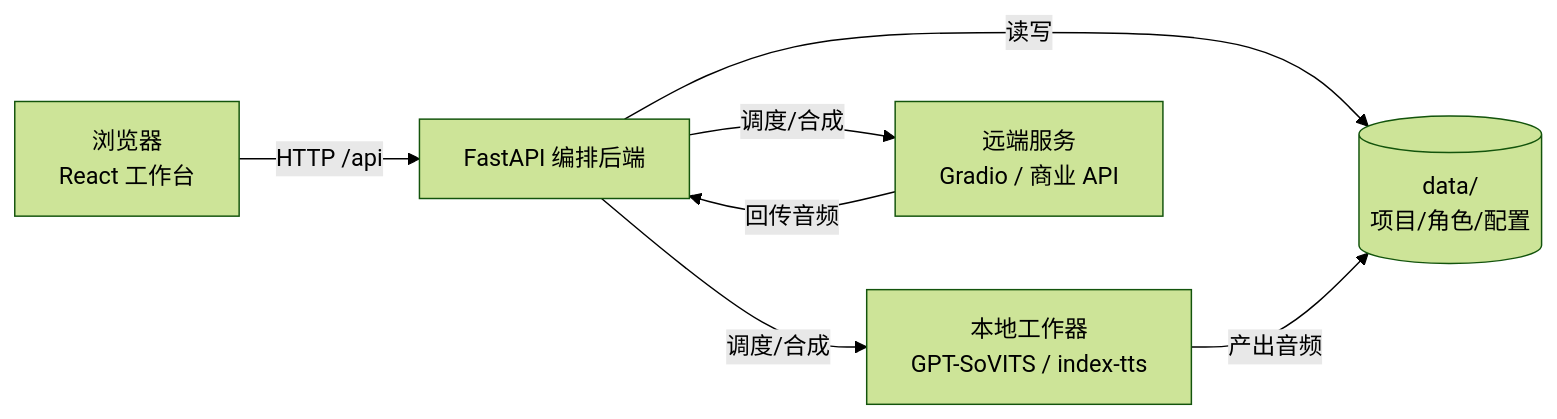
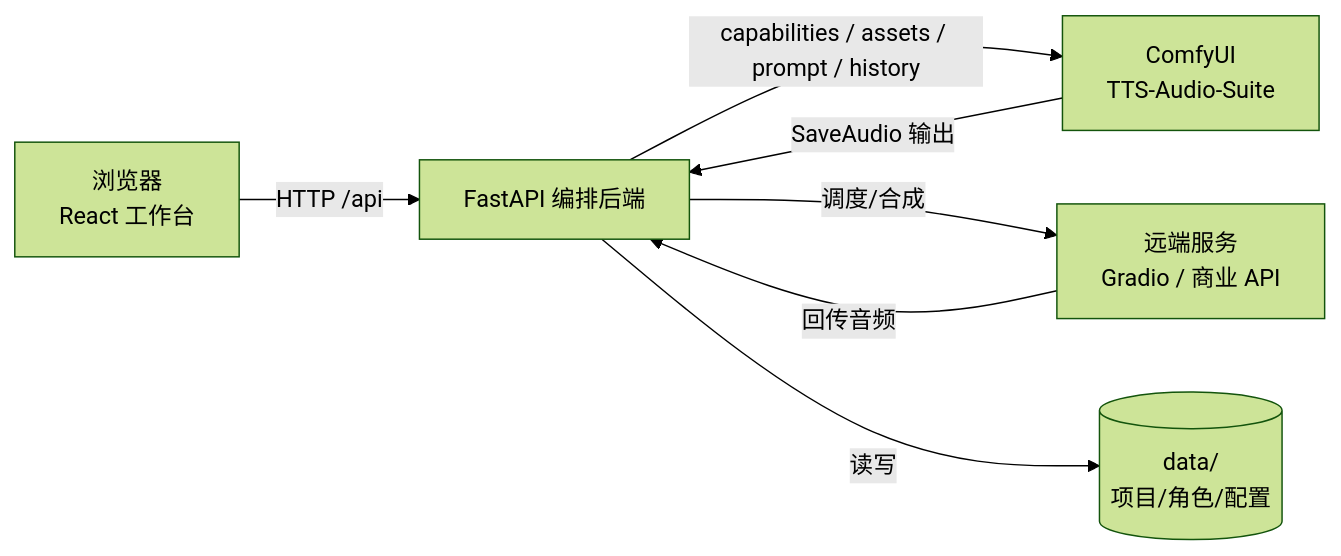
One commit to XucroYuri/TTS_more changed the first of 2 diagrams in README.md. Above: the diagram before and after it, drawn with Mermaid (forest theme). The commit also changed other lines of this file and 3 other files, not shown here.

````diff
--- a/README.md
+++ b/README.md
@@ -9,9 +9,9 @@
 ```mermaid
 flowchart LR
     Browser["浏览器<br/>React 工作台"] -- "HTTP /api" --> Backend["FastAPI 编排后端"]
-    Backend -- "调度/合成" --> Local["本地工作器<br/>GPT-SoVITS / index-tts"]
+    Backend -- "capabilities / assets / prompt / history" --> ComfyUI["ComfyUI<br/>TTS-Audio-Suite"]
     Backend -- "调度/合成" --> Remote["远端服务<br/>Gradio / 商业 API"]
     Backend -- "读写" --> Data[("data/<br/>项目/角色/配置")]
-    Local -- "产出音频" --> Data
+    ComfyUI -- "SaveAudio 输出" --> Backend
     Remote -- "回传音频" --> Backend
 ```
````
